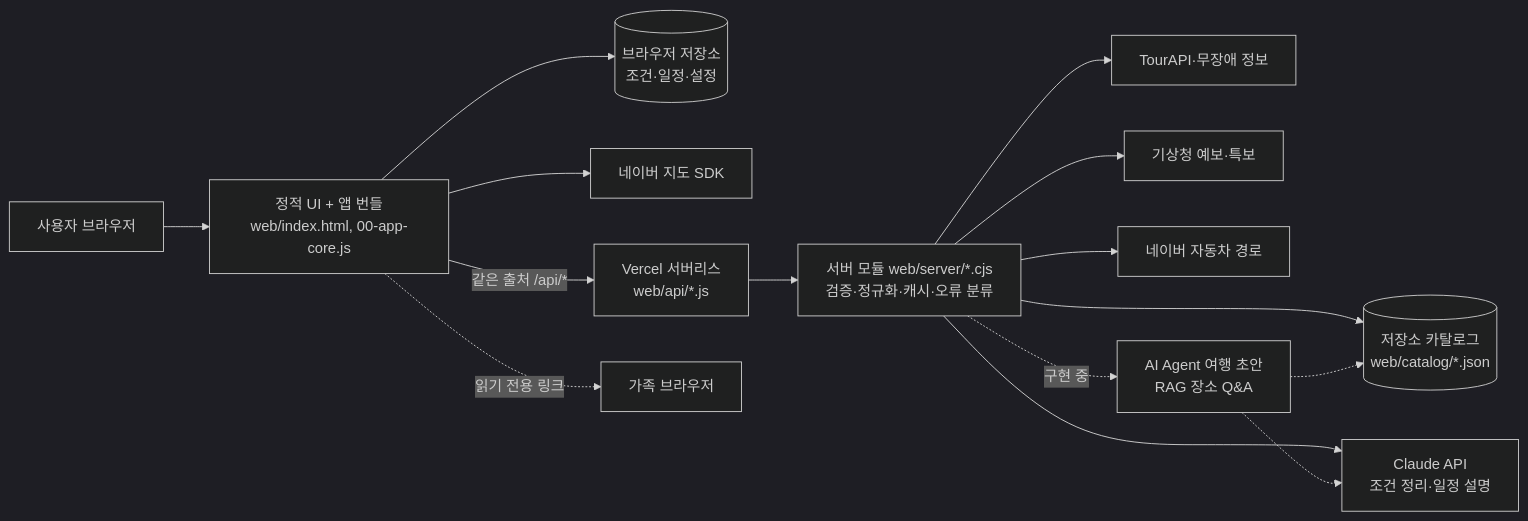
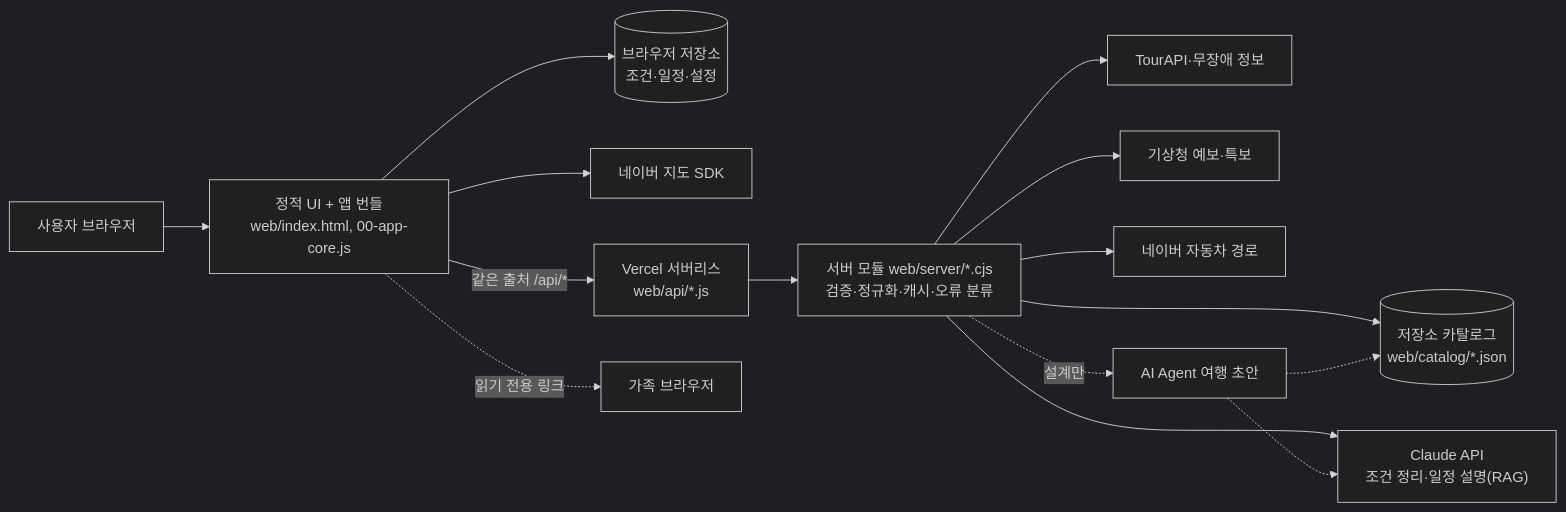
One commit to jihyuntesting-boop/hamkkebom2 changed the diagram in README.md. Above: the diagram before and after it, drawn with Mermaid (dark theme). The commit also changed other lines of this file and 7 other files, not shown here.

````diff
--- a/README.md
+++ b/README.md
@@ -56,17 +56,17 @@
 ```mermaid
 flowchart LR
   U["사용자 브라우저"] --> UI["정적 UI + 앱 번들<br/>web/index.html, 00-app-core.js"]
   UI --> LS[("브라우저 저장소<br/>조건·일정·설정")]
   UI --> NM["네이버 지도 SDK"]
   UI -->|"같은 출처 /api/*"| API["Vercel 서버리스<br/>web/api/*.js"]
   API --> SRV["서버 모듈 web/server/*.cjs<br/>검증·정규화·캐시·오류 분류"]
   SRV --> T["TourAPI·무장애 정보"]
   SRV --> K["기상청 예보·특보"]
   SRV --> N["네이버 자동차 경로"]
   SRV --> C[("저장소 카탈로그<br/>web/catalog/*.json")]
-  SRV --> AI["Claude API<br/>조건 정리·일정 설명"]
-  SRV -.->|"구현 중"| AG["AI Agent 여행 초안<br/>RAG 장소 Q&A"]
+  SRV --> AI["Claude API<br/>조건 정리·일정 설명(RAG)"]
+  SRV -.->|"설계만"| AG["AI Agent 여행 초안"]
   AG -.-> C
   AG -.-> AI
   UI -.->|"읽기 전용 링크"| F["가족 브라우저"]
 ```
````
